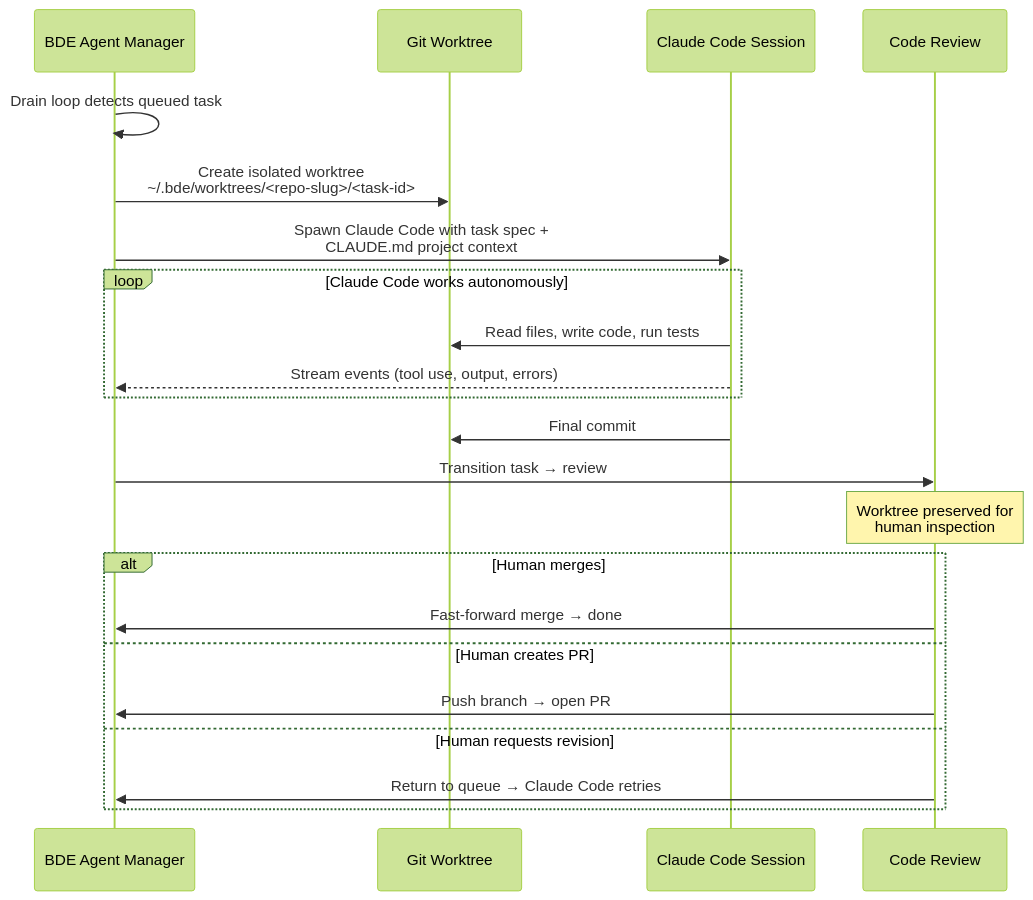
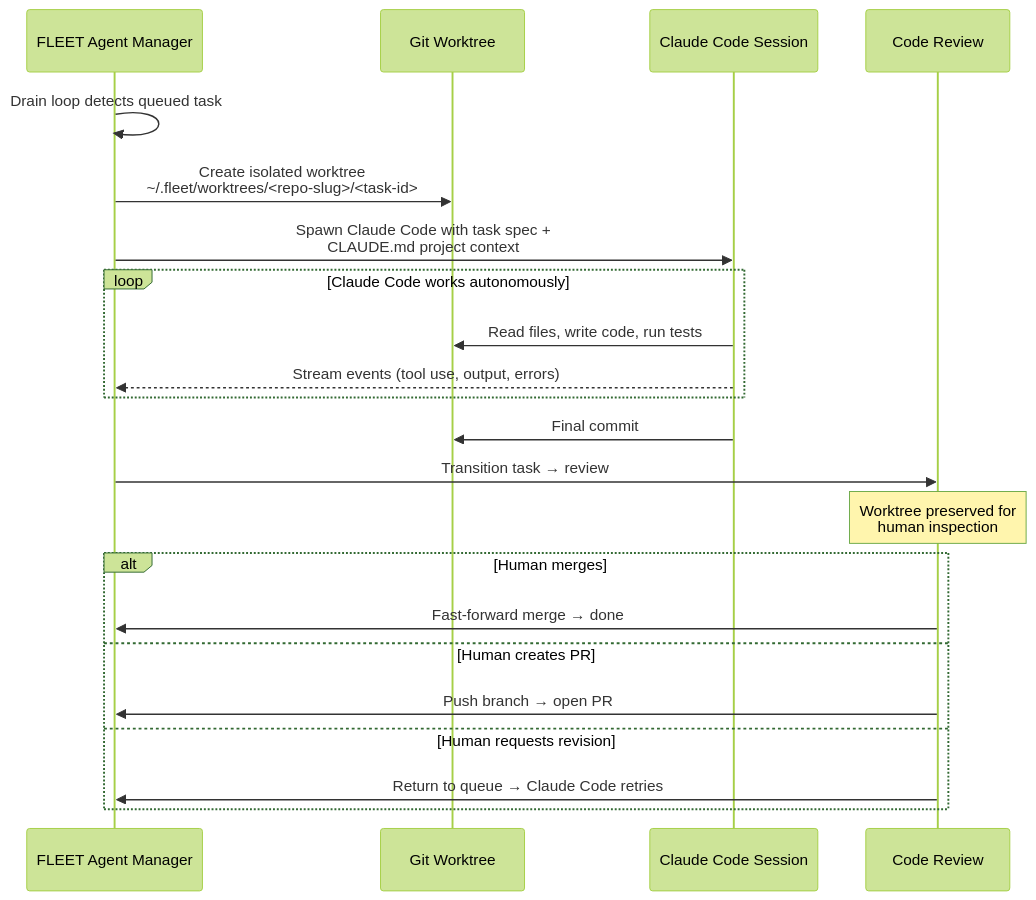
One commit to RyanJBirkeland/BDE changed the second of 4 diagrams in README.md. Above: the diagram before and after it, drawn with Mermaid (forest theme). The commit also changed other lines of this file and 831 other files, not shown here.

Commit message:
chore: automated BDE→FLEET rename sweep

````diff
--- a/README.md
+++ b/README.md
@@ -118,28 +118,28 @@
 ```mermaid
 sequenceDiagram
-    participant AM as BDE Agent Manager
+    participant AM as FLEET Agent Manager
     participant WT as Git Worktree
     participant CC as Claude Code Session
     participant CR as Code Review
 
     AM->>AM: Drain loop detects queued task
-    AM->>WT: Create isolated worktree<br/>~/.bde/worktrees/<repo-slug>/<task-id>
+    AM->>WT: Create isolated worktree<br/>~/.fleet/worktrees/<repo-slug>/<task-id>
     AM->>CC: Spawn Claude Code with task spec +<br/>CLAUDE.md project context
 
     loop Claude Code works autonomously
         CC->>WT: Read files, write code, run tests
         CC-->>AM: Stream events (tool use, output, errors)
     end
 
     CC->>WT: Final commit
     AM->>CR: Transition task → review
     Note over CR: Worktree preserved for<br/>human inspection
 
     alt Human merges
         CR->>AM: Fast-forward merge → done
     else Human creates PR
         CR->>AM: Push branch → open PR
     else Human requests revision
         CR->>AM: Return to queue → Claude Code retries
     end
 ```
````
